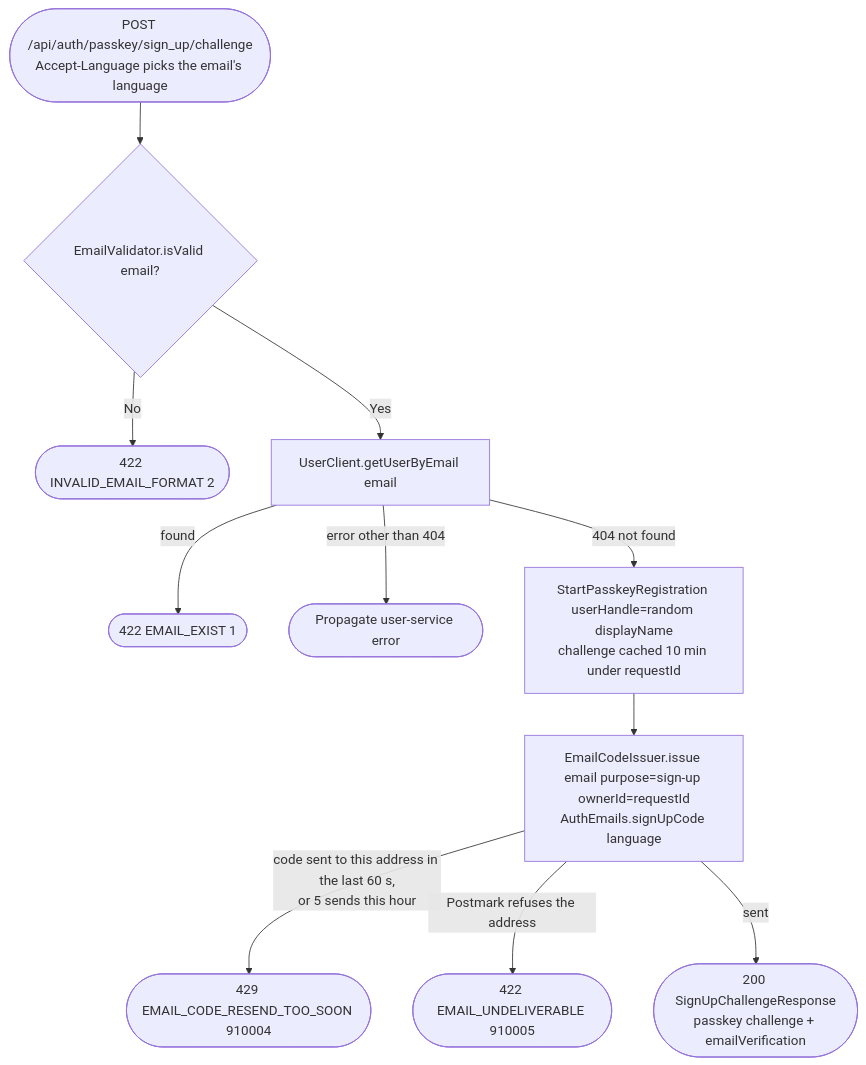
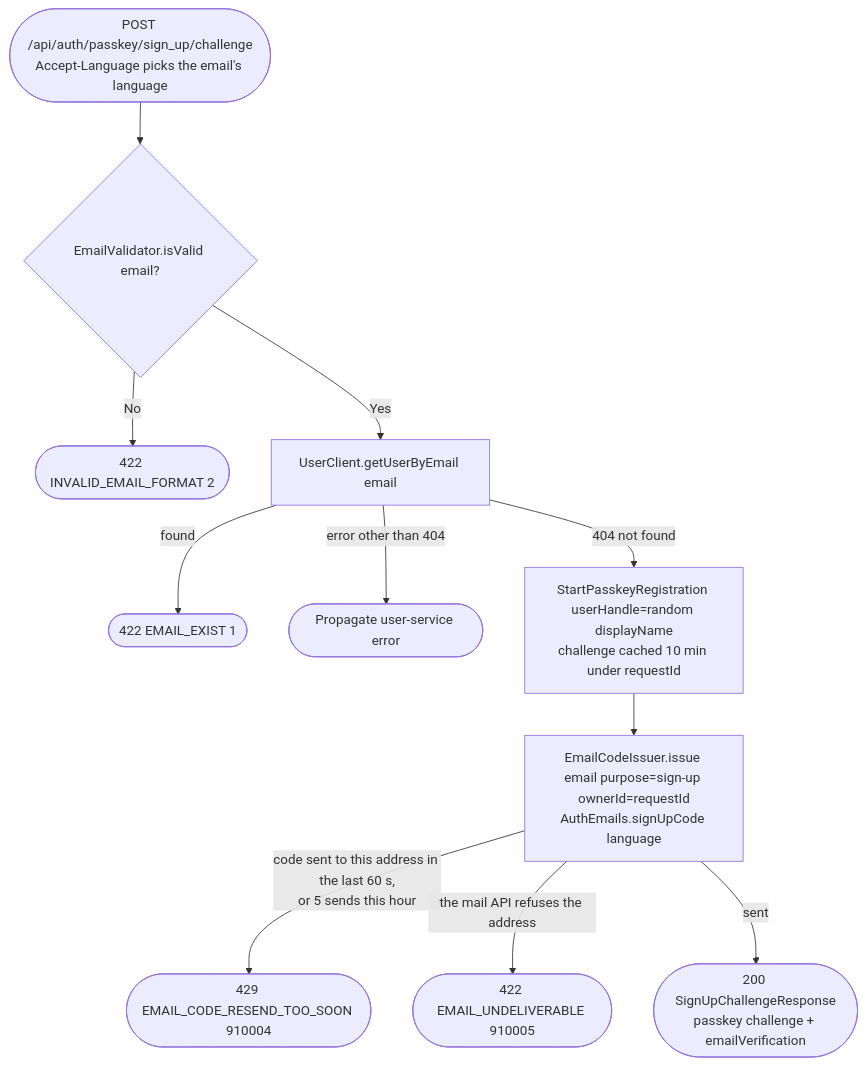
The diagram in docs/operations/authorization/sign-up-challenge.md (nocturneproperties/bookkme), drawn with Mermaid before and after one commit. The commit also changed 40 other files, not shown here.

Commit message:
[ISSUE-170] add hostinger as email provider

````diff
--- a/docs/operations/authorization/sign-up-challenge.md
+++ b/docs/operations/authorization/sign-up-challenge.md
@@ -15,13 +15,13 @@
 ```mermaid
 flowchart TD
     Start([POST /api/auth/passkey/sign_up/challenge<br/>Accept-Language picks the email's language]) --> EmailFormat{EmailValidator.isValid email?}
     EmailFormat -- No --> R422a([422 INVALID_EMAIL_FORMAT 2])
     EmailFormat -- Yes --> LookupUser[UserClient.getUserByEmail email]
     LookupUser -- found --> R422b([422 EMAIL_EXIST 1])
     LookupUser -- error other than 404 --> RErr([Propagate user-service error])
     LookupUser -- 404 not found --> StartPasskey[StartPasskeyRegistration userHandle=random displayName<br/>challenge cached 10 min under requestId]
     StartPasskey --> Issue[EmailCodeIssuer.issue email purpose=sign-up ownerId=requestId<br/>AuthEmails.signUpCode language]
     Issue -- code sent to this address in the last 60 s,<br/>or 5 sends this hour --> R429([429 EMAIL_CODE_RESEND_TOO_SOON 910004])
-    Issue -- Postmark refuses the address --> R422c([422 EMAIL_UNDELIVERABLE 910005])
+    Issue -- the mail API refuses the address --> R422c([422 EMAIL_UNDELIVERABLE 910005])
     Issue -- sent --> R200([200 SignUpChallengeResponse<br/>passkey challenge + emailVerification])
 ```
````
